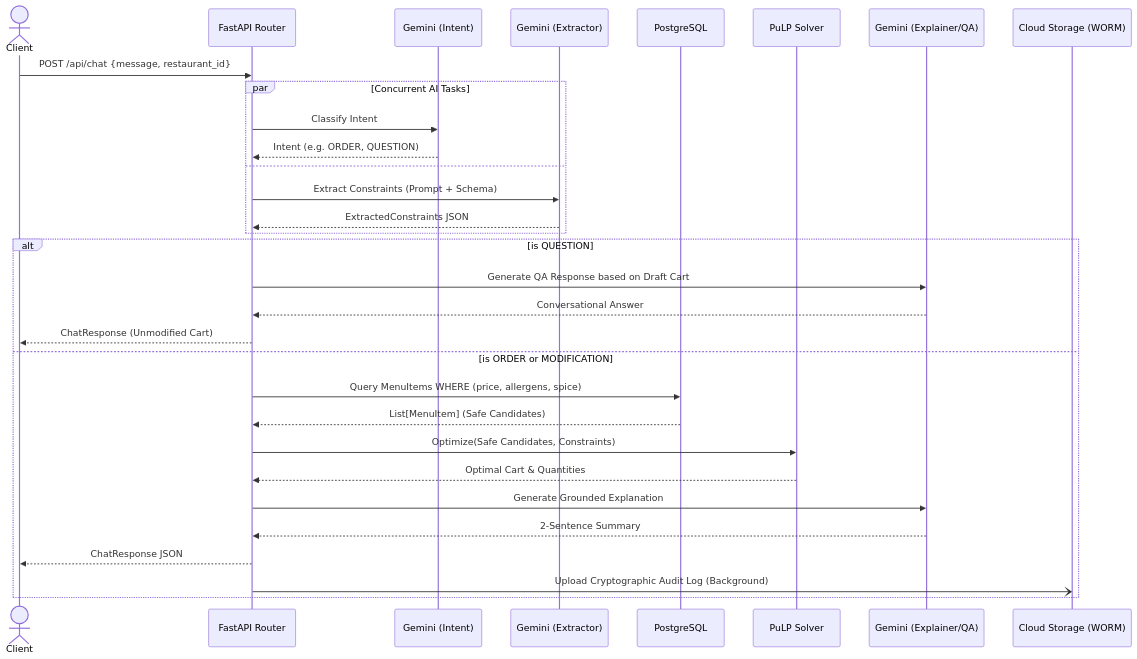
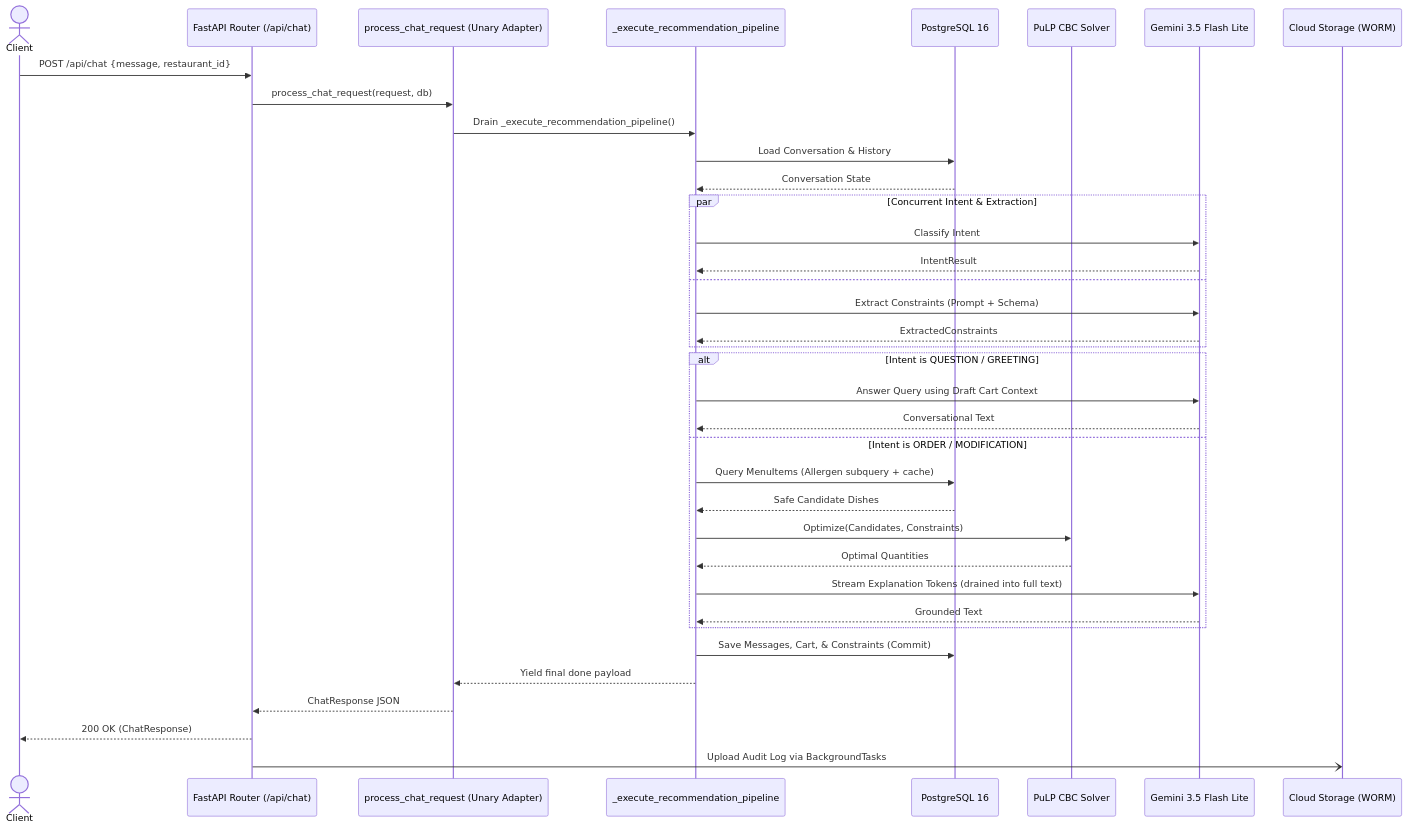
The third of 4 diagrams in docs/UML.md (ConsoleCzar-2/SmartDiner), drawn with Mermaid before and after one commit. The commit also changed other lines of this file and 29 other files, not shown here.

Commit message:
Refactored recommendation pipeline, and admin analytics dashboard along with updating documentation

````diff
--- a/docs/UML.md
+++ b/docs/UML.md
@@ -133,41 +147,45 @@
 ```mermaid
 sequenceDiagram
     actor Client
-    participant API as FastAPI Router
-    participant LLM1 as Gemini (Intent)
-    participant LLM2 as Gemini (Extractor)
-    participant DB as PostgreSQL
-    participant ILP as PuLP Solver
-    participant LLM3 as Gemini (Explainer/QA)
+    participant API as FastAPI Router (/api/chat)
+    participant Pipe as process_chat_request (Unary Adapter)
+    participant Gen as _execute_recommendation_pipeline
+    participant DB as PostgreSQL 16
+    participant ILP as PuLP CBC Solver
+    participant LLM as Gemini 3.5 Flash Lite
     participant GCS as Cloud Storage (WORM)
 
     Client->>API: POST /api/chat {message, restaurant_id}
+    API->>Pipe: process_chat_request(request, db)
+    Pipe->>Gen: Drain _execute_recommendation_pipeline()
     
-    par Concurrent AI Tasks
-        API->>LLM1: Classify Intent
-        LLM1-->>API: Intent (e.g. ORDER, QUESTION)
+    Gen->>DB: Load Conversation & History
+    DB-->>Gen: Conversation State
+    
+    par Concurrent Intent & Extraction
+        Gen->>LLM: Classify Intent
+        LLM-->>Gen: IntentResult
     and
-        API->>LLM2: Extract Constraints (Prompt + Schema)
-        LLM2-->>API: ExtractedConstraints JSON
+        Gen->>LLM: Extract Constraints (Prompt + Schema)
+        LLM-->>Gen: ExtractedConstraints
     end
     
-    alt is QUESTION
-        API->>LLM3: Generate QA Response based on Draft Cart
-        LLM3-->>API: Conversational Answer
-        API-->>Client: ChatResponse (Unmodified Cart)
-    else is ORDER or MODIFICATION
-        API->>DB: Query MenuItems WHERE (price, allergens, spice)
-        DB-->>API: List[MenuItem] (Safe Candidates)
-        
-        API->>ILP: Optimize(Safe Candidates, Constraints)
-        ILP-->>API: Optimal Cart & Quantities
-        
-        API->>LLM3: Generate Grounded Explanation
-        LLM3-->>API: 2-Sentence Summary
-        
-        API-->>Client: ChatResponse JSON
-        
-        %% Background task for compliance
-        API-)GCS: Upload Cryptographic Audit Log (Background)
+    alt Intent is QUESTION / GREETING
+        Gen->>LLM: Answer Query using Draft Cart Context
+        LLM-->>Gen: Conversational Text
+    else Intent is ORDER / MODIFICATION
+        Gen->>DB: Query MenuItems (Allergen subquery + cache)
+        DB-->>Gen: Safe Candidate Dishes
+        Gen->>ILP: Optimize(Candidates, Constraints)
+        ILP-->>Gen: Optimal Quantities
+        Gen->>LLM: Stream Explanation Tokens (drained into full text)
+        LLM-->>Gen: Grounded Text
     end
+    
+    Gen->>DB: Save Messages, Cart, & Constraints (Commit)
+    Gen-->>Pipe: Yield final done payload
+    Pipe-->>API: ChatResponse JSON
+    API-->>Client: 200 OK (ChatResponse)
+    
+    API-)GCS: Upload Audit Log via BackgroundTasks
 ```
````
